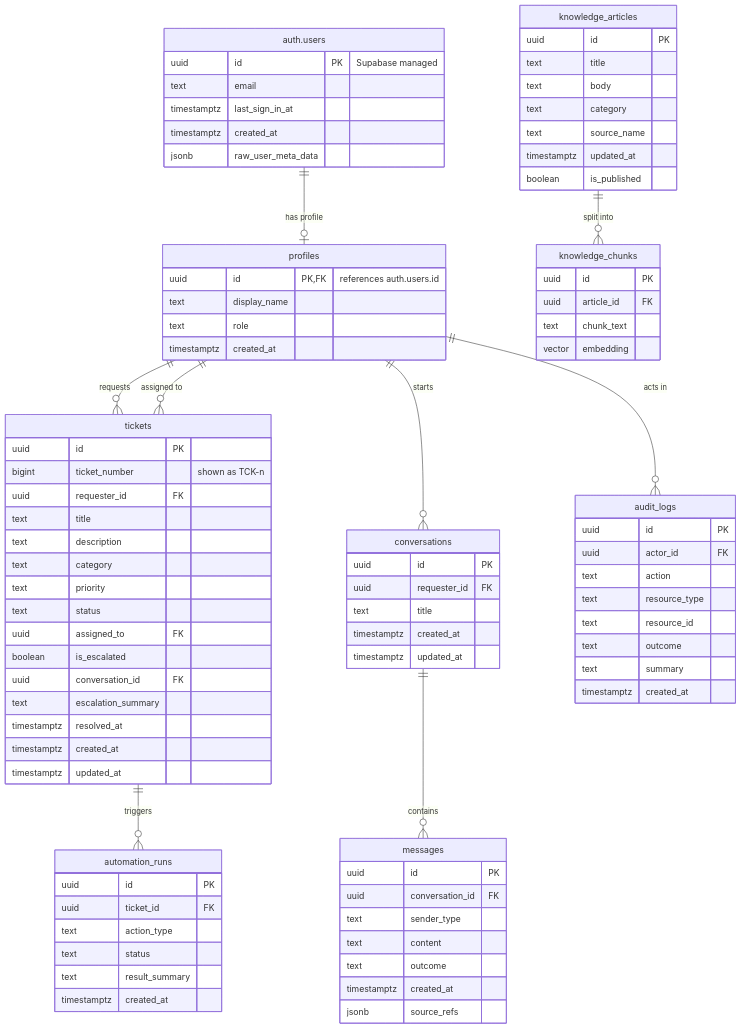
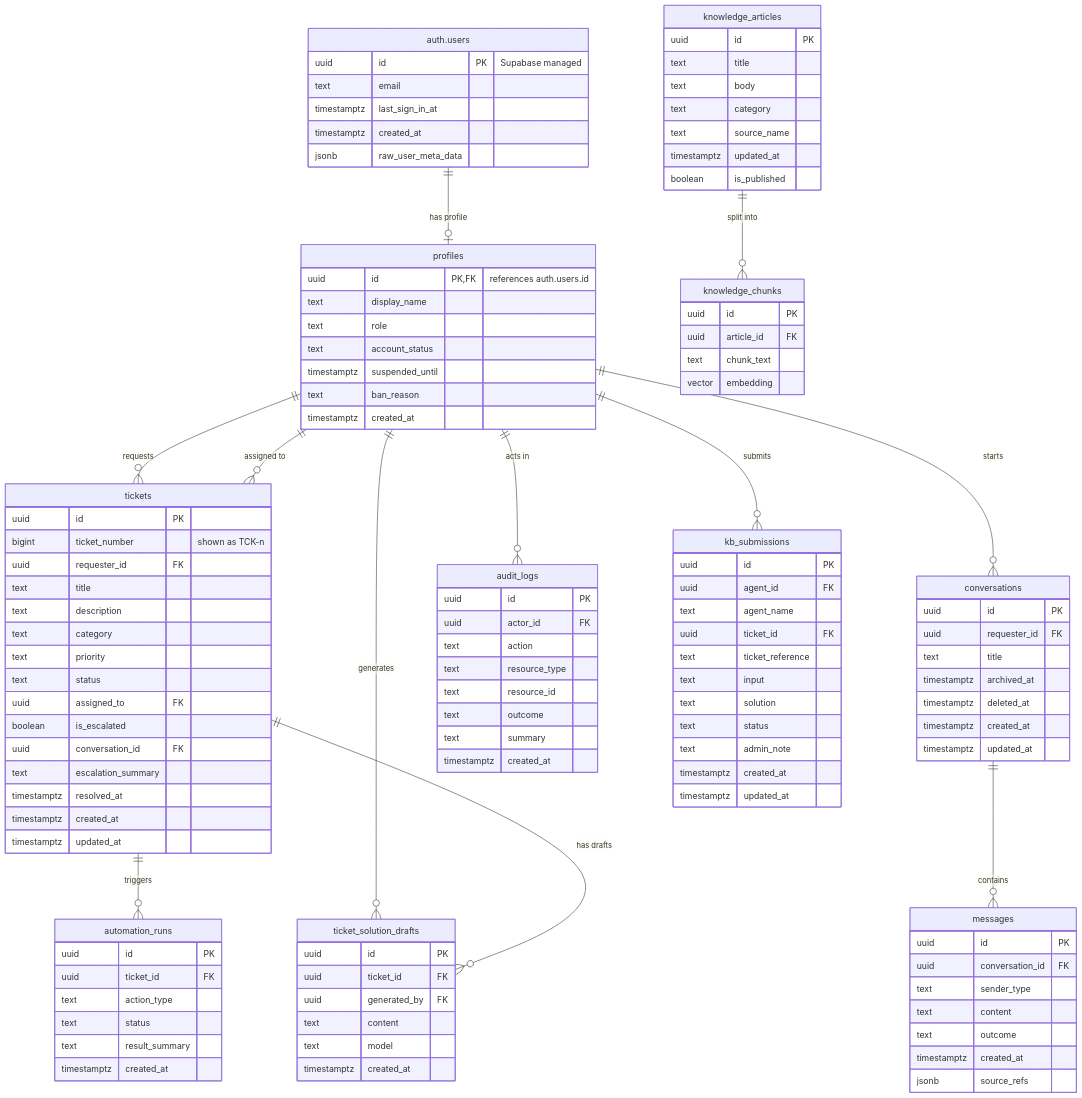
The diagram in docs/deliverables/required/07-database-design.md (dlsud-submissions/elective-helpdesk-automation-system), drawn with Mermaid before and after one commit. The commit also changed other lines of this file and 115 other files, not shown here.

First line of the commit message:
feat: expand Harbor Tickets account, chat, and ticket workflows (#24)

````diff
--- a/docs/deliverables/required/07-database-design.md
+++ b/docs/deliverables/required/07-database-design.md
@@ -16,6 +16,9 @@
     conversations ||--o{ messages : "contains"
     knowledge_articles ||--o{ knowledge_chunks : "split into"
     tickets ||--o{ automation_runs : "triggers"
+    profiles ||--o{ kb_submissions : "submits"
+    profiles ||--o{ ticket_solution_drafts : "generates"
+    tickets ||--o{ ticket_solution_drafts : "has drafts"
 
     "auth.users" {
         uuid id PK "Supabase managed"
@@ -29,6 +32,9 @@
         uuid id PK, FK "references auth.users.id"
         text display_name
         text role
+        text account_status
+        timestamptz suspended_until
+        text ban_reason
         timestamptz created_at
     }
 
@@ -71,6 +77,8 @@
         uuid id PK
         uuid requester_id FK
         text title
+        timestamptz archived_at
+        timestamptz deleted_at
         timestamptz created_at
         timestamptz updated_at
     }
@@ -104,4 +112,27 @@
         text result_summary
         timestamptz created_at
     }
+
+    kb_submissions {
+        uuid id PK
+        uuid agent_id FK
+        text agent_name
+        uuid ticket_id FK
+        text ticket_reference
+        text input
+        text solution
+        text status
+        text admin_note
+        timestamptz created_at
+        timestamptz updated_at
+    }
+
+    ticket_solution_drafts {
+        uuid id PK
+        uuid ticket_id FK
+        uuid generated_by FK
+        text content
+        text model
+        timestamptz created_at
+    }
 ```
````
